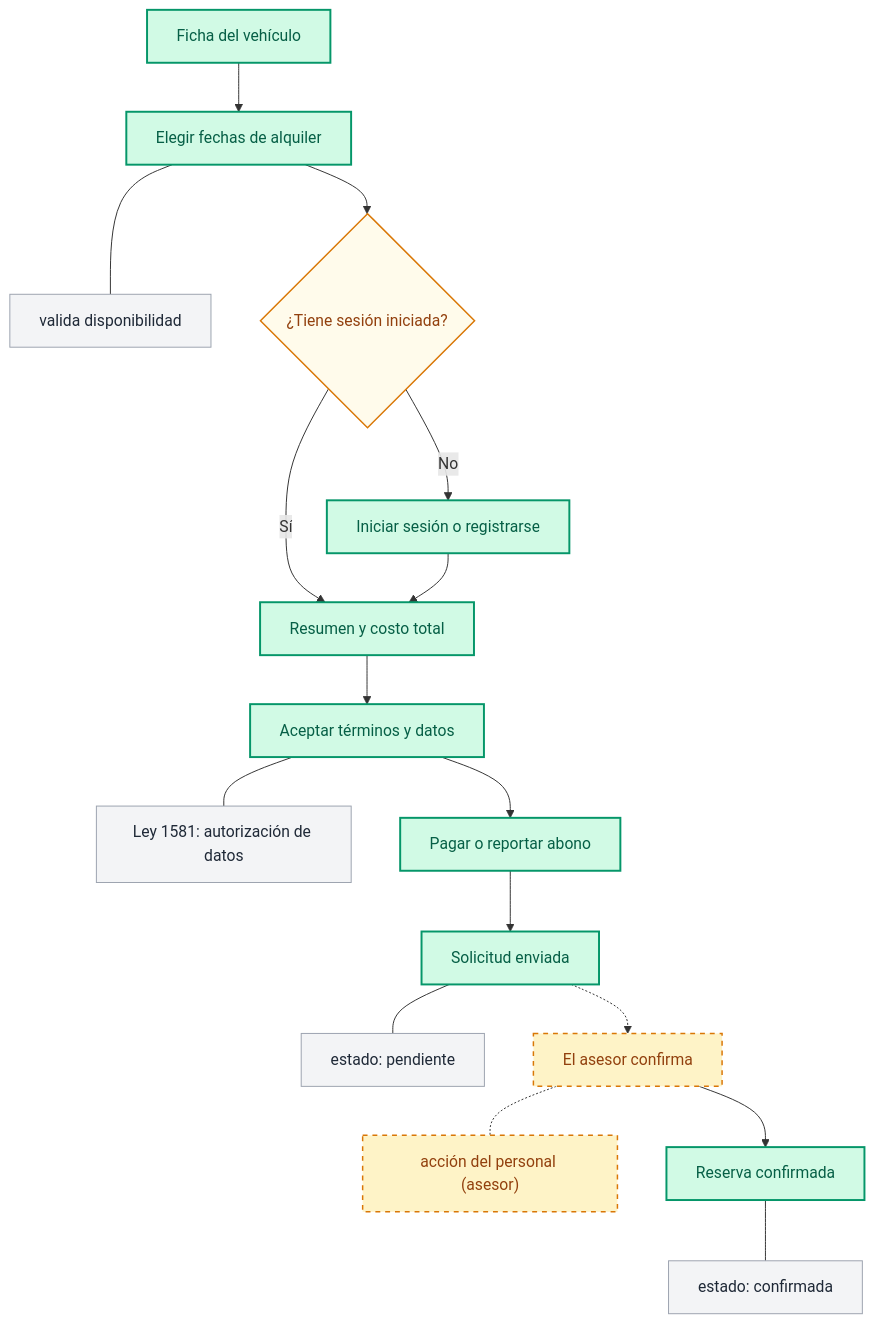
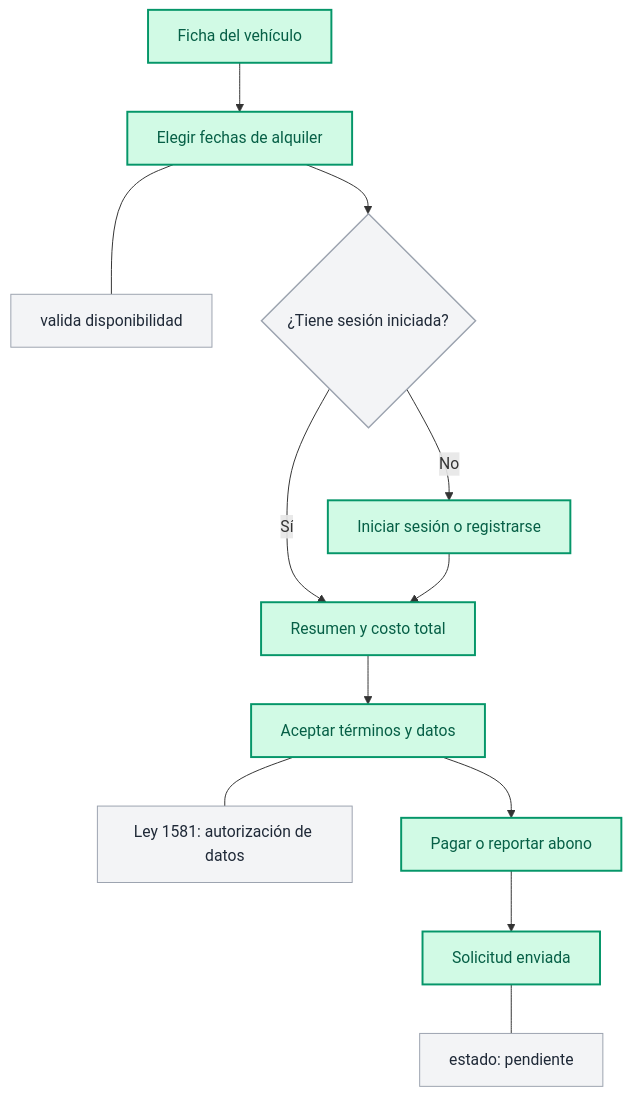
Before and after one commit to SantiagoPrada2005/flotax: the fourth of 7 diagrams in docs/user-flows.md, drawn with Mermaid. The commit also changed other lines of this file and 25 other files, not shown here.

````diff
--- a/docs/user-flows.md
+++ b/docs/user-flows.md
@@ -140,30 +102,23 @@
 ```mermaid
 flowchart TD
     classDef mainScreen fill:#d1fae5,stroke:#059669,stroke-width:2px,color:#065f46;
     classDef subScreen fill:#f3f4f6,stroke:#9ca3af,stroke-width:1px,color:#1f2937;
-    classDef staffFlow fill:#fef3c7,stroke:#d97706,stroke-dasharray: 5 5,stroke-width:1.5px,color:#92400e;
-    classDef decision fill:#fffbeb,stroke:#d97706,stroke-width:1.5px,color:#92400e;
+    classDef decision fill:#f3f4f6,stroke:#9ca3af,stroke-width:1.5px,color:#1f2937;
 
     n_ficha["Ficha del vehículo"]:::mainScreen --> n_fechas["Elegir fechas de alquiler"]:::mainScreen
     n_fechas --- n_disp["valida disponibilidad"]:::subScreen
 
     n_fechas --> n_check_auth{"¿Tiene sesión iniciada?"}:::decision
 
     n_check_auth -- No --> n_auth["Iniciar sesión o registrarse"]:::mainScreen
     n_check_auth -- Sí --> n_resumen["Resumen y costo total"]:::mainScreen
     n_auth --> n_resumen
 
     n_resumen --> n_terminos["Aceptar términos y datos"]:::mainScreen
     n_terminos --- n_ley["Ley 1581: autorización de datos"]:::subScreen
 
     n_terminos --> n_pago["Pagar o reportar abono"]:::mainScreen
 
     n_pago --> n_enviada["Solicitud enviada"]:::mainScreen
     n_enviada --- n_estado_pend["estado: pendiente"]:::subScreen
-
-    n_enviada -.-> n_asesor["El asesor confirma"]:::staffFlow
-    n_asesor -.- n_accion_staff["acción del personal (asesor)"]:::staffFlow
-
-    n_asesor --> n_confirmada["Reserva confirmada"]:::mainScreen
-    n_confirmada --- n_estado_conf["estado: confirmada"]:::subScreen
 ```
````
